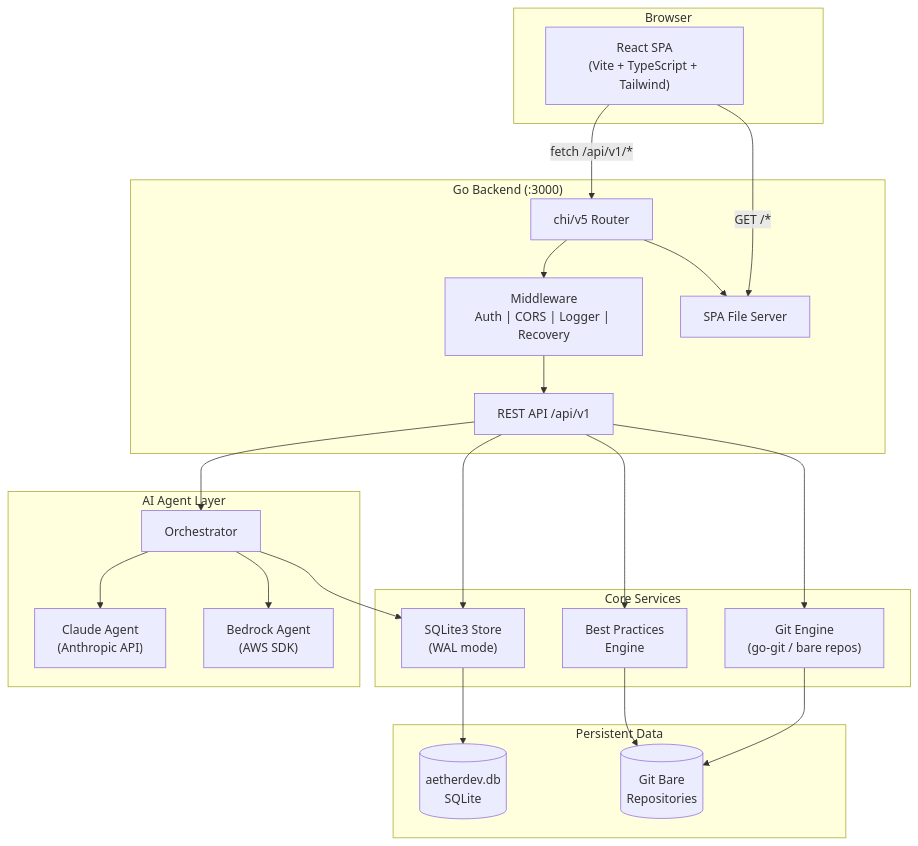
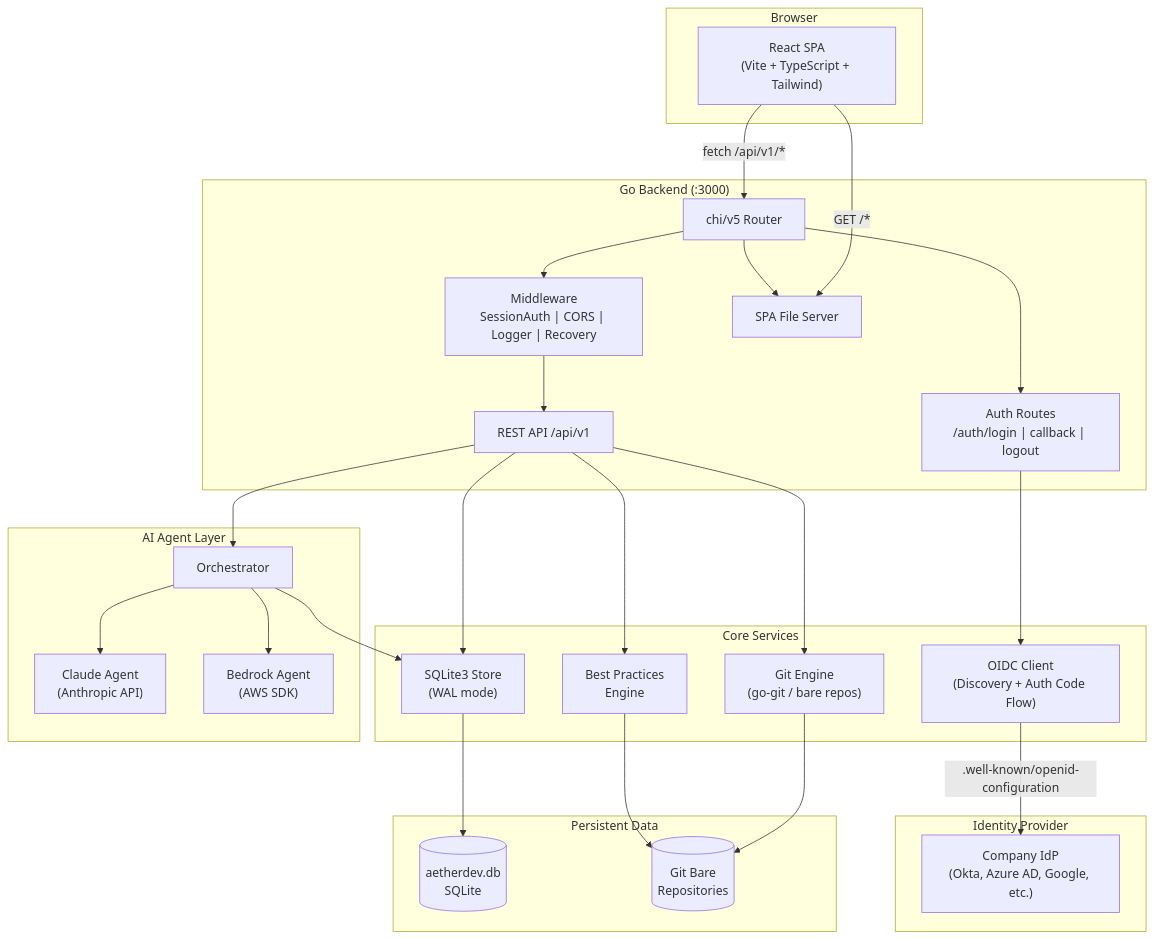
One commit to kondalaraogangavarapu/custom-gitea changed the first of 6 diagrams in README.md. Above: the diagram before and after it, drawn with Mermaid. The commit also changed other lines of this file and 10 other files, not shown here.

First line of the commit message:
feat: add OIDC/SSO authentication and update README with architecture diagrams

````diff
--- a/README.md
+++ b/README.md
@@ -19,48 +20,58 @@
 ```mermaid
 graph TB
     subgraph Client["Browser"]
         SPA["React SPA<br/>(Vite + TypeScript + Tailwind)"]
     end
 
     subgraph Server["Go Backend (:3000)"]
         Router["chi/v5 Router"]
-        MW["Middleware<br/>Auth | CORS | Logger | Recovery"]
+        MW["Middleware<br/>SessionAuth | CORS | Logger | Recovery"]
         API["REST API /api/v1"]
+        AuthRoutes["Auth Routes<br/>/auth/login | callback | logout"]
         SPAServe["SPA File Server"]
     end
 
     subgraph Core["Core Services"]
         Git["Git Engine<br/>(go-git / bare repos)"]
         Store["SQLite3 Store<br/>(WAL mode)"]
         BP["Best Practices<br/>Engine"]
+        OIDC["OIDC Client<br/>(Discovery + Auth Code Flow)"]
     end
 
     subgraph AI["AI Agent Layer"]
         Orch["Orchestrator"]
         Claude["Claude Agent<br/>(Anthropic API)"]
         Bedrock["Bedrock Agent<br/>(AWS SDK)"]
     end
 
     subgraph Storage["Persistent Data"]
         DB[("aetherdev.db<br/>SQLite")]
         Repos[("Git Bare<br/>Repositories")]
     end
 
+    subgraph IdP["Identity Provider"]
+        IDP["Company IdP<br/>(Okta, Azure AD, Google, etc.)"]
+    end
+
     SPA -->|"fetch /api/v1/*"| Router
     SPA -->|"GET /*"| SPAServe
     Router --> MW --> API
+    Router --> AuthRoutes
     Router --> SPAServe
+
+    AuthRoutes --> OIDC
+    OIDC -->|".well-known/openid-configuration"| IDP
 
     API --> Git
     API --> Store
     API --> BP
     API --> Orch
 
     Orch --> Claude
     Orch --> Bedrock
     Orch --> Store
 
     Git --> Repos
     Store --> DB
     BP --> Repos
 ```
````
